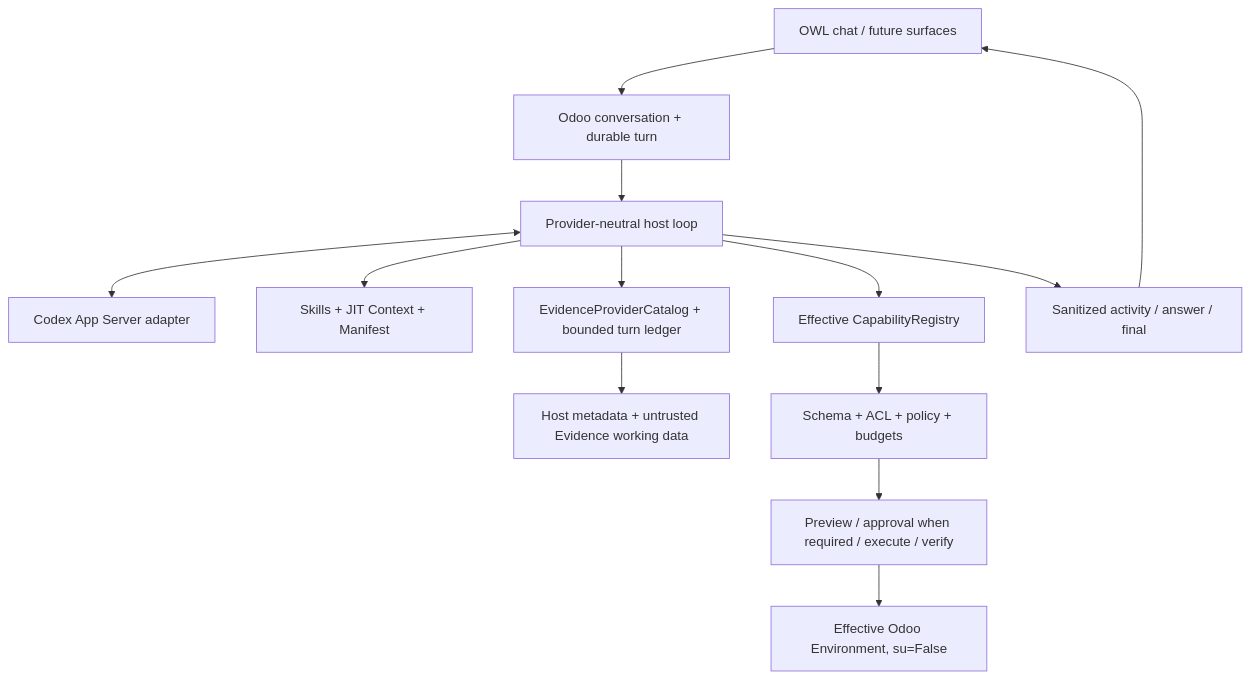
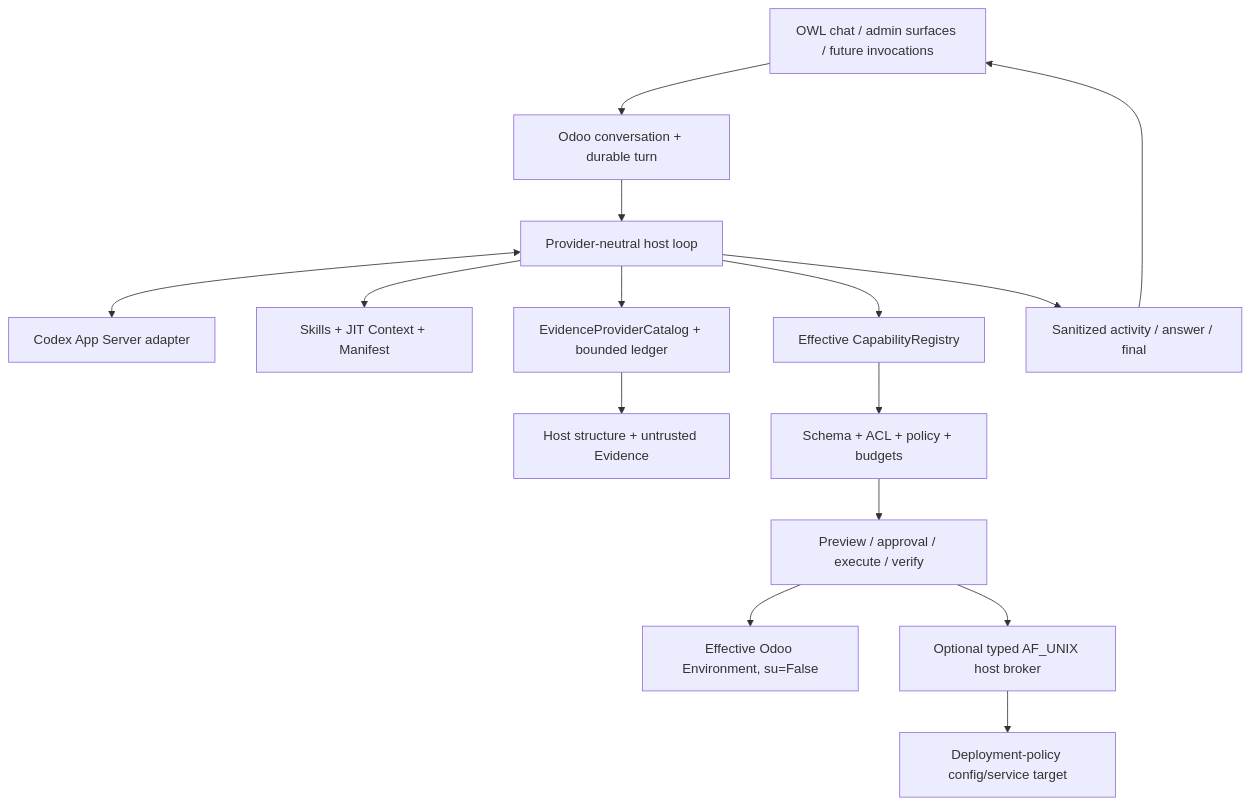
The diagram in README.md (CPX-001/ai-odoo-assistant), drawn with Mermaid before and after one commit. The commit also changed other lines of this file, not shown here.

````diff
--- a/README.md
+++ b/README.md
@@ -50,15 +54,17 @@
 ```mermaid
 flowchart TB
-    UI[OWL chat / future surfaces] --> TURN[Odoo conversation + durable turn]
+    UI[OWL chat / admin surfaces / future invocations] --> TURN[Odoo conversation + durable turn]
     TURN --> HOST[Provider-neutral host loop]
     HOST <--> MODEL[Codex App Server adapter]
     HOST --> EXT[Skills + JIT Context + Manifest]
-    HOST --> EVIDENCE[EvidenceProviderCatalog + bounded turn ledger]
-    EVIDENCE --> EDATA[Host metadata + untrusted Evidence working data]
+    HOST --> EVIDENCE[EvidenceProviderCatalog + bounded ledger]
+    EVIDENCE --> EDATA[Host structure + untrusted Evidence]
     HOST --> CAPS[Effective CapabilityRegistry]
     CAPS --> POLICY[Schema + ACL + policy + budgets]
-    POLICY --> EFFECT[Preview / approval when required / execute / verify]
+    POLICY --> EFFECT[Preview / approval / execute / verify]
     EFFECT --> ORM[Effective Odoo Environment, su=False]
+    EFFECT --> BROKER[Optional typed AF_UNIX host broker]
+    BROKER --> TARGET[Deployment-policy config/service target]
     HOST --> PUBLIC[Sanitized activity / answer / final]
     PUBLIC --> UI
 ```
````
